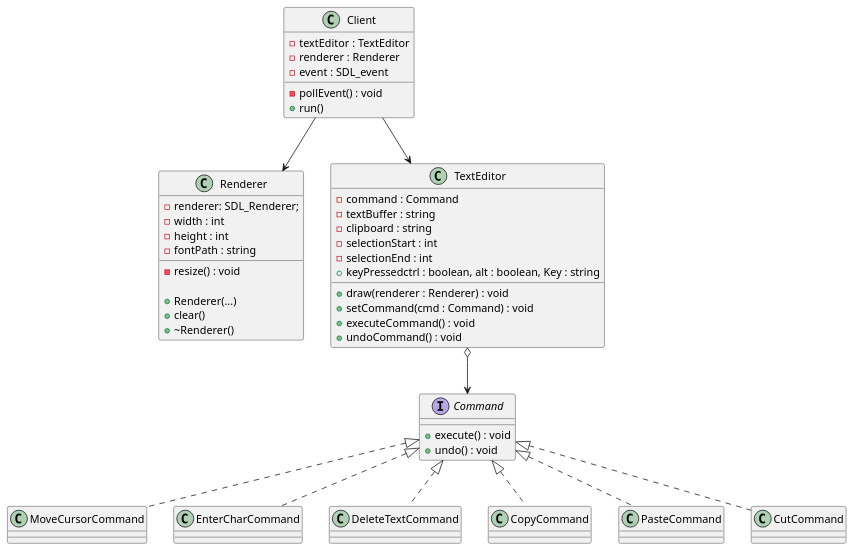
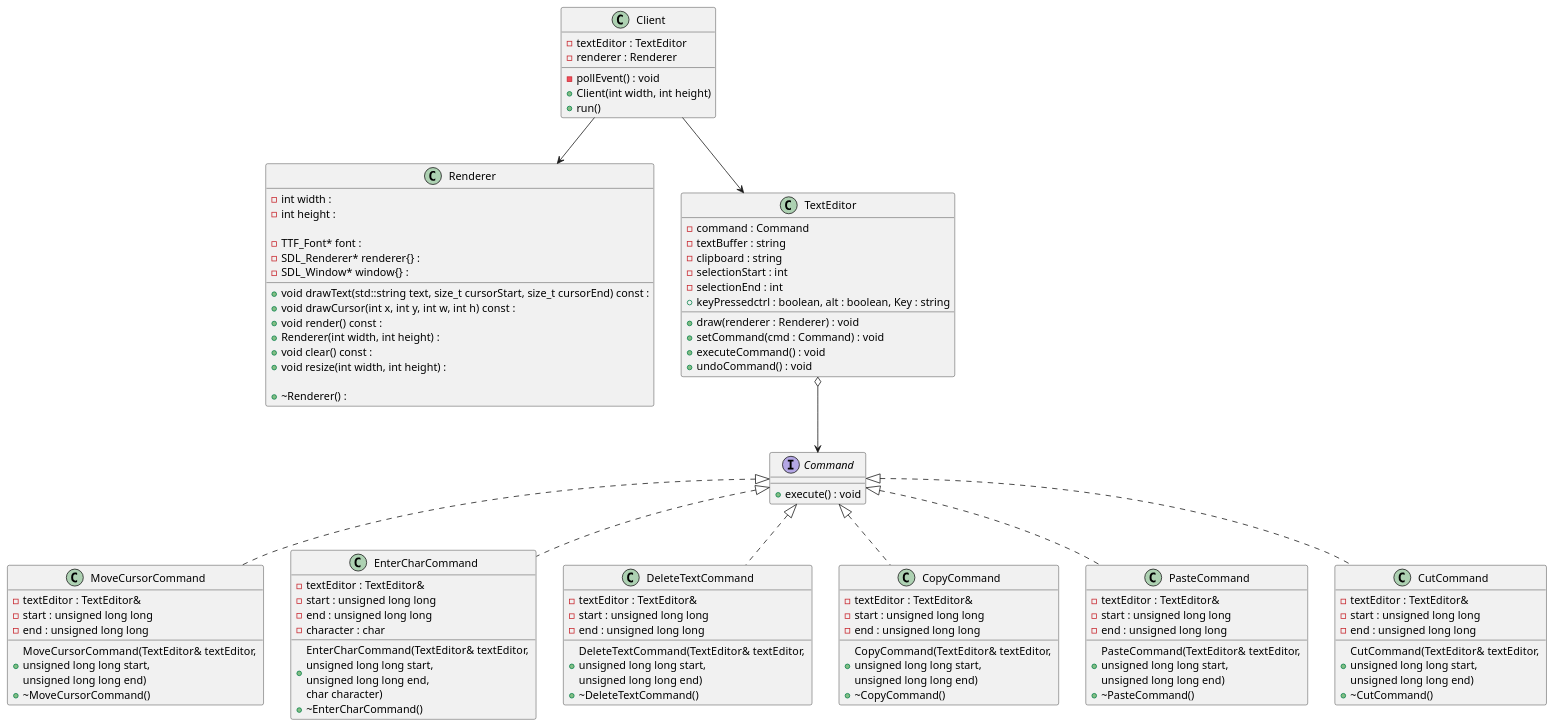
One commit to AquaBx/text-editor changed the diagram in V1/conception/diagramme-classes/class.puml. Above: the diagram before and after it, drawn with PlantUML. The commit also changed 8 other files, not shown here.

Commit message:
màj compte rendu + diagramme de classes

```diff
--- a/V1/conception/diagramme-classes/class.puml
+++ b/V1/conception/diagramme-classes/class.puml
@@ -1,71 +1,106 @@
-@startuml classDiagram
+@startuml
 interface Command {
     + execute() : void
-    + undo() : void
 }
 
 class MoveCursorCommand {
+    - textEditor : TextEditor&
+    - start : unsigned long long
+    - end : unsigned long long
+    + MoveCursorCommand(TextEditor& textEditor, \nunsigned long long start, \nunsigned long long end)
+    + ~MoveCursorCommand()
 }
 
 class EnterCharCommand {
+    - textEditor : TextEditor&
+    - start : unsigned long long
+    - end : unsigned long long
+    - character : char
+    + EnterCharCommand(TextEditor& textEditor, \nunsigned long long start, \nunsigned long long end, \nchar character) 
+    + ~EnterCharCommand()
 }
 
 class DeleteTextCommand {
+    - textEditor : TextEditor&
+    - start : unsigned long long
+    - end : unsigned long long
+    + DeleteTextCommand(TextEditor& textEditor, \nunsigned long long start, \nunsigned long long end)
+    + ~DeleteTextCommand()
 }
 
 class CopyCommand {
+    - textEditor : TextEditor&
+    - start : unsigned long long
+    - end : unsigned long long
+    + CopyCommand(TextEditor& textEditor, \nunsigned long long start, \nunsigned long long end)
+    + ~CopyCommand()
 }
 
 class PasteCommand {
+    - textEditor : TextEditor&
+    - start : unsigned long long
+    - end : unsigned long long
+    + PasteCommand(TextEditor& textEditor, \nunsigned long long start, \nunsigned long long end)
+    + ~PasteCommand()
 }
 
 class CutCommand {
+    - textEditor : TextEditor&
+    - start : unsigned long long
+    - end : unsigned long long
+    + CutCommand(TextEditor& textEditor, \nunsigned long long start, \nunsigned long long end)
+    + ~CutCommand()
 }
 
 class Client {
     - textEditor : TextEditor
     - renderer : Renderer
-    - event : SDL_event
     - pollEvent() : void
+    + Client(int width, int height)
     + run()
 }
 
 class Renderer {
-    - renderer: SDL_Renderer;
-    - width : int
-    - height : int
-    - fontPath : string
-    - resize() : void
+    - int width : 
+    - int height : 
 
-    + Renderer(...)
-    + clear()
-    + ~Renderer()
+    - TTF_Font* font : 
+    - SDL_Renderer* renderer{} : 
+    - SDL_Window* window{} : 
+
+    + void drawText(std::string text, size_t cursorStart, size_t cursorEnd) const : 
+    + void drawCursor(int x, int y, int w, int h) const : 
+    + void render() const : 
+    + Renderer(int width, int height) : 
+    + void clear() const : 
+    + void resize(int width, int height) : 
+
+    + ~Renderer() : 
 }
 
 class TextEditor {
     - command : Command
     - textBuffer : string
     - clipboard : string
     - selectionStart : int
     - selectionEnd : int
     + draw(renderer : Renderer) : void
     + setCommand(cmd : Command) : void
     + executeCommand() : void
     + undoCommand() : void
     +keyPressedctrl : boolean, alt : boolean, Key : string
 }
 
 
 Command <|.. MoveCursorCommand
 Command <|.. EnterCharCommand
 Command <|.. DeleteTextCommand
 Command <|.. CopyCommand
 Command <|.. PasteCommand
 Command <|.. CutCommand
 
 TextEditor o--> Command
 Client --> Renderer
 
 Client --> TextEditor
-
 @enduml
```
